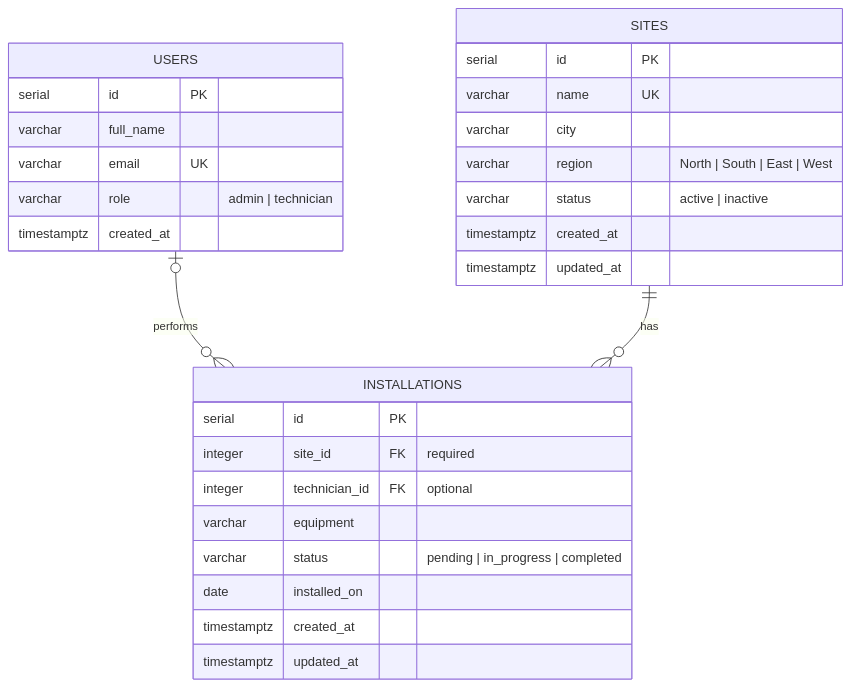
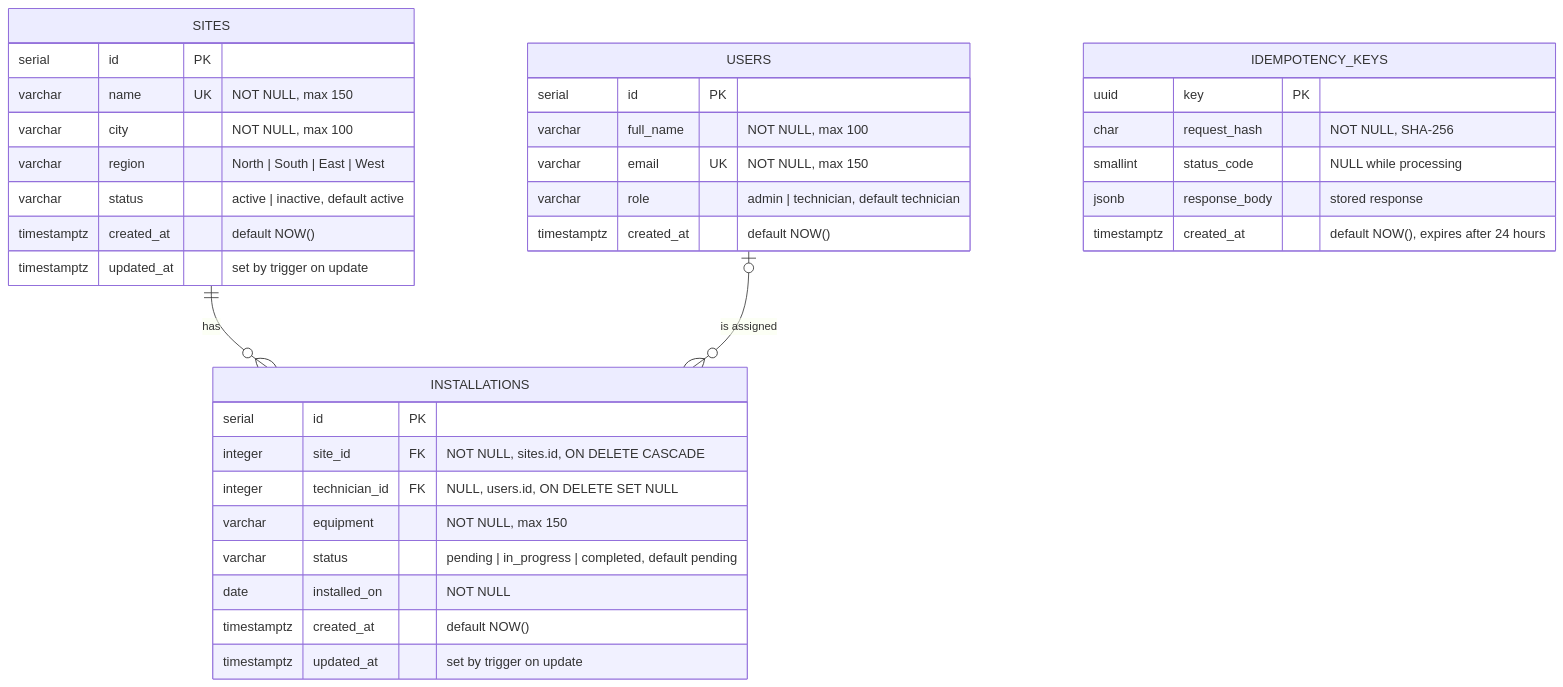
Before and after one commit to FlemingJohn/site-operation-dashboard: the first of 2 diagrams in docs/database.md, drawn with Mermaid. The commit also changed other lines of this file, not shown here.

Commit message:
docs: add detailed ER diagram and local database setup

````diff
--- a/docs/database.md
+++ b/docs/database.md
@@ -7,34 +7,42 @@
 ```mermaid
 erDiagram
-    USERS |o--o{ INSTALLATIONS : "performs"
     SITES ||--o{ INSTALLATIONS : "has"
-
-    USERS {
-        serial id PK
-        varchar full_name
-        varchar email UK
-        varchar role "admin | technician"
-        timestamptz created_at
-    }
+    USERS |o--o{ INSTALLATIONS : "is assigned"
 
     SITES {
         serial id PK
-        varchar name UK
-        varchar city
+        varchar name UK "NOT NULL, max 150"
+        varchar city "NOT NULL, max 100"
         varchar region "North | South | East | West"
-        varchar status "active | inactive"
-        timestamptz created_at
-        timestamptz updated_at
+        varchar status "active | inactive, default active"
+        timestamptz created_at "default NOW()"
+        timestamptz updated_at "set by trigger on update"
     }
 
     INSTALLATIONS {
         serial id PK
-        integer site_id FK "required"
-        integer technician_id FK "optional"
-        varchar equipment
-        varchar status "pending | in_progress | completed"
-        date installed_on
-        timestamptz created_at
-        timestamptz updated_at
+        integer site_id FK "NOT NULL, sites.id, ON DELETE CASCADE"
+        integer technician_id FK "NULL, users.id, ON DELETE SET NULL"
+        varchar equipment "NOT NULL, max 150"
+        varchar status "pending | in_progress | completed, default pending"
+        date installed_on "NOT NULL"
+        timestamptz created_at "default NOW()"
+        timestamptz updated_at "set by trigger on update"
+    }
+
+    USERS {
+        serial id PK
+        varchar full_name "NOT NULL, max 100"
+        varchar email UK "NOT NULL, max 150"
+        varchar role "admin | technician, default technician"
+        timestamptz created_at "default NOW()"
+    }
+
+    IDEMPOTENCY_KEYS {
+        uuid key PK
+        char request_hash "NOT NULL, SHA-256"
+        smallint status_code "NULL while processing"
+        jsonb response_body "stored response"
+        timestamptz created_at "default NOW(), expires after 24 hours"
     }
 ```
````
